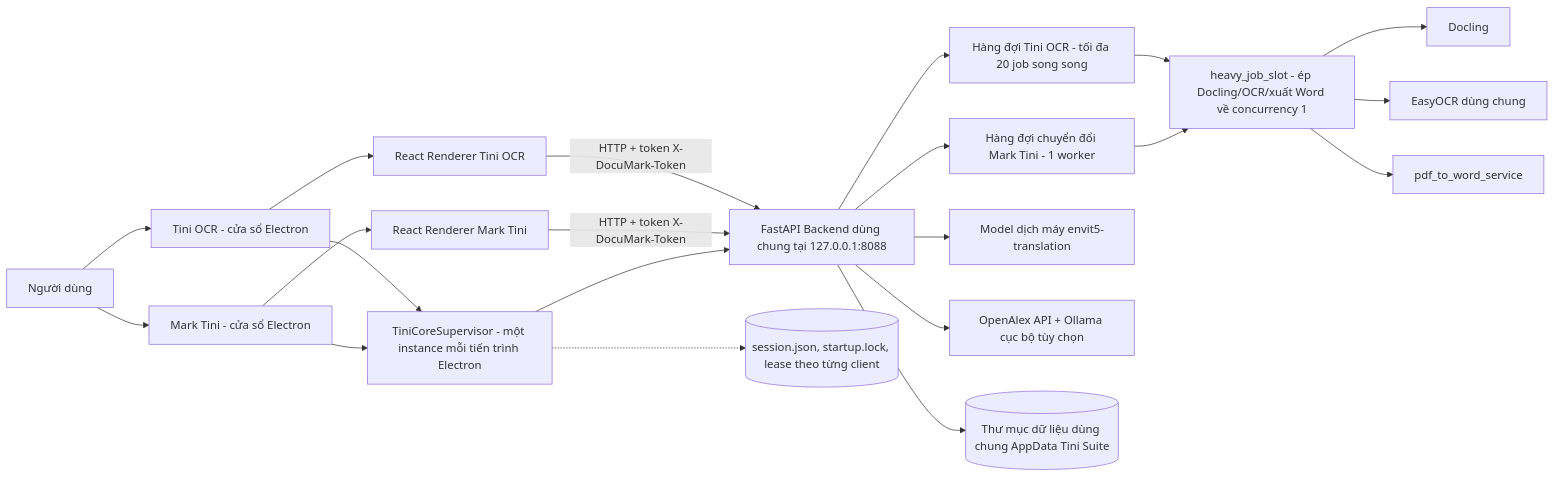
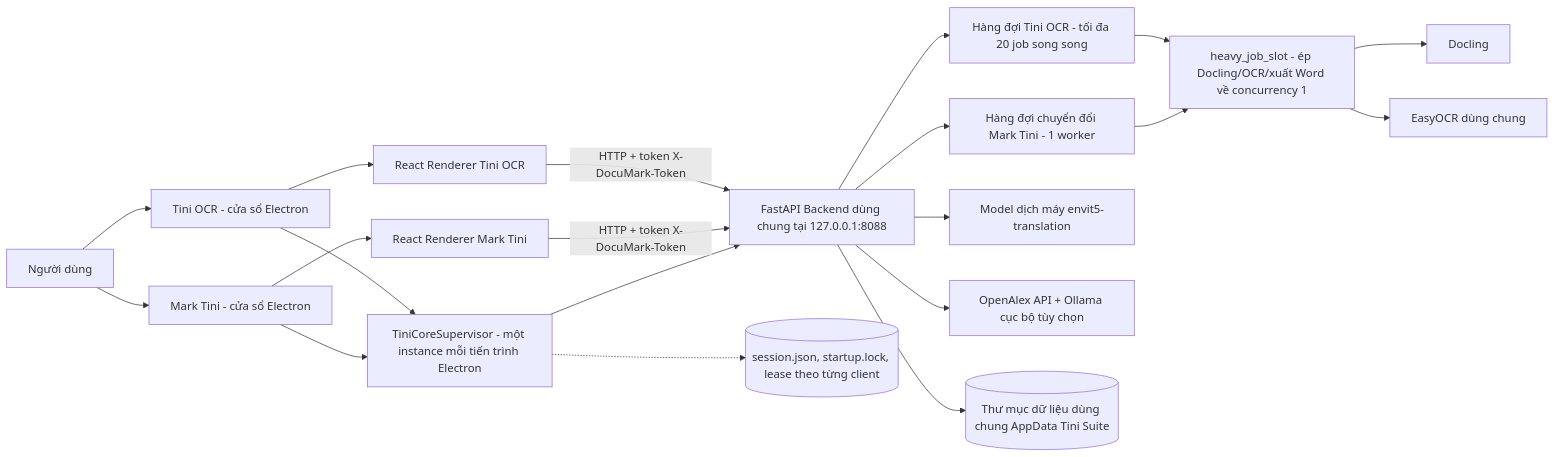
One commit to danghoangsqtt-sys/dhsystem_mdconverter changed the first of 15 diagrams in docs/bao-cao-ky-thuat-v1.6.0.md. Above: the diagram before and after it, drawn with Mermaid. The commit also changed other lines of this file and 77 other files, not shown here.

````diff
--- a/docs/bao-cao-ky-thuat-v1.6.0.md
+++ b/docs/bao-cao-ky-thuat-v1.6.0.md
@@ -51,23 +51,22 @@
 ```mermaid
 flowchart LR
     U[Người dùng] --> EL1[Mark Tini - cửa sổ Electron]
     U --> EL2[Tini OCR - cửa sổ Electron]
     EL1 --> SUP[TiniCoreSupervisor - một instance mỗi tiến trình Electron]
     EL2 --> SUP
     SUP --> API[FastAPI Backend dùng chung tại 127.0.0.1:8088]
     EL1 --> UI1[React Renderer Mark Tini]
     EL2 --> UI2[React Renderer Tini OCR]
     UI1 -- HTTP + token X-DocuMark-Token --> API
     UI2 -- HTTP + token X-DocuMark-Token --> API
     API --> Q1[Hàng đợi chuyển đổi Mark Tini - 1 worker]
     API --> Q2[Hàng đợi Tini OCR - tối đa 20 job song song]
     Q1 --> SCHED[heavy_job_slot - ép Docling/OCR/xuất Word về concurrency 1]
     Q2 --> SCHED
     SCHED --> DOC[Docling]
     SCHED --> OCR[EasyOCR dùng chung]
-    SCHED --> WORD[pdf_to_word_service]
     API --> TR[Model dịch máy envit5-translation]
     API --> CIT[OpenAlex API + Ollama cục bộ tùy chọn]
     API --> FS[(Thư mục dữ liệu dùng chung AppData Tini Suite)]
     SUP -.-> SESSION[(session.json, startup.lock, lease theo từng client)]
 ```
````
